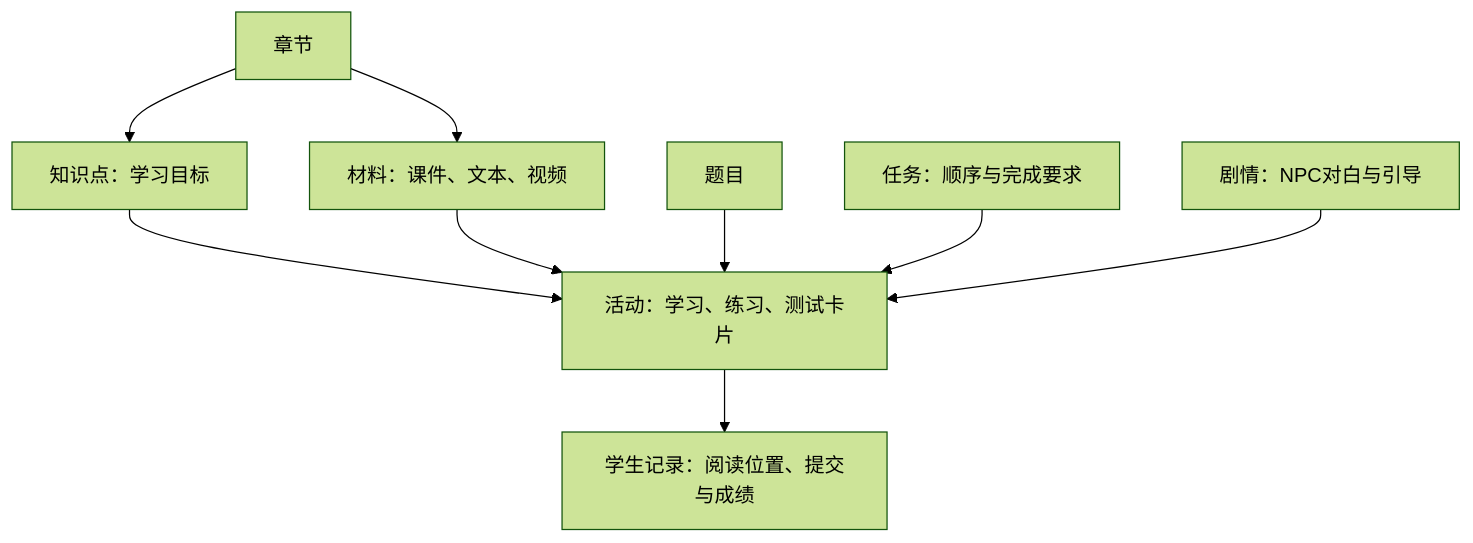
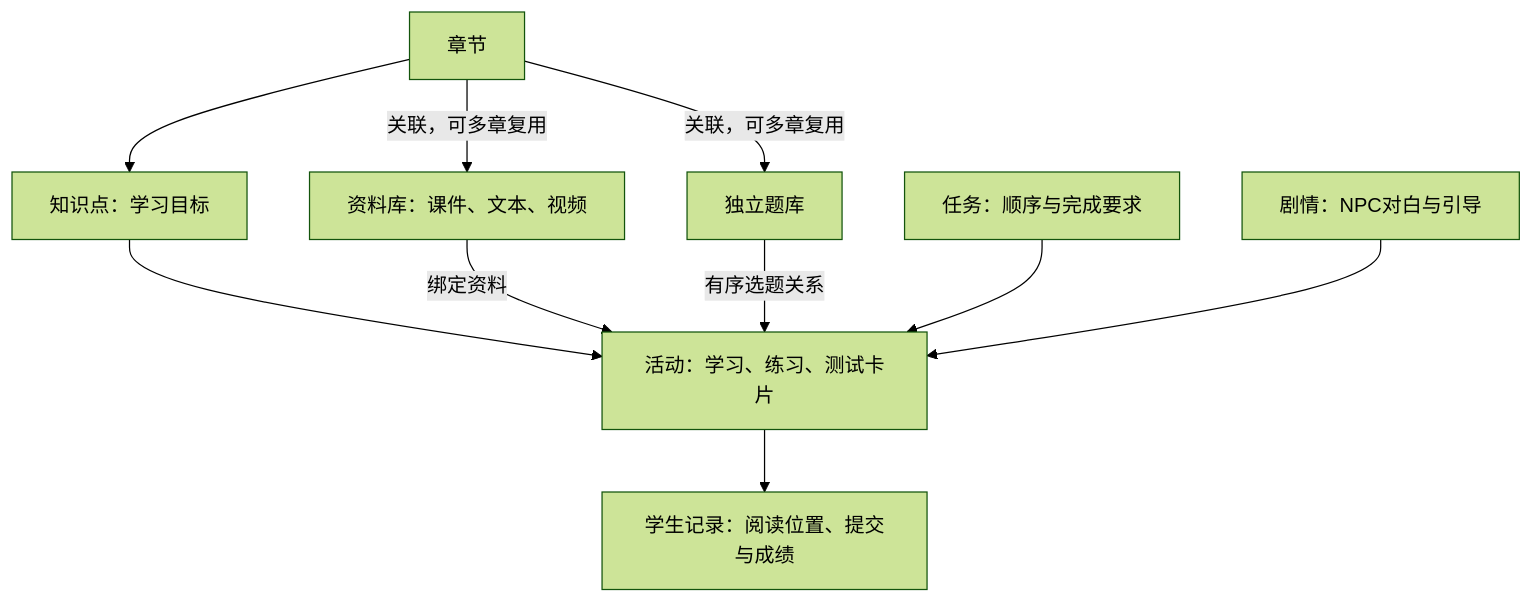
The diagram in docs/architecture.md (cypre5s/Pythontopia), drawn with Mermaid (forest theme) before and after one commit. The commit also changed other lines of this file and 32 other files, not shown here.

````diff
--- a/docs/architecture.md
+++ b/docs/architecture.md
@@ -27,11 +27,12 @@
 ```mermaid
 flowchart TD
     Chapter[章节] --> KC[知识点：学习目标]
-    Chapter --> Material[材料：课件、文本、视频]
+    Chapter -->|关联，可多章复用| Material[资料库：课件、文本、视频]
+    Chapter -->|关联，可多章复用| Question[独立题库]
     KC --> Activity[活动：学习、练习、测试卡片]
-    Material --> Activity
-    Question[题目] --> Activity
+    Material -->|绑定资料| Activity
+    Question -->|有序选题关系| Activity
     Quest[任务：顺序与完成要求] --> Activity
     Story[剧情：NPC对白与引导] --> Activity
     Activity --> Progress[学生记录：阅读位置、提交与成绩]
 ```
````
